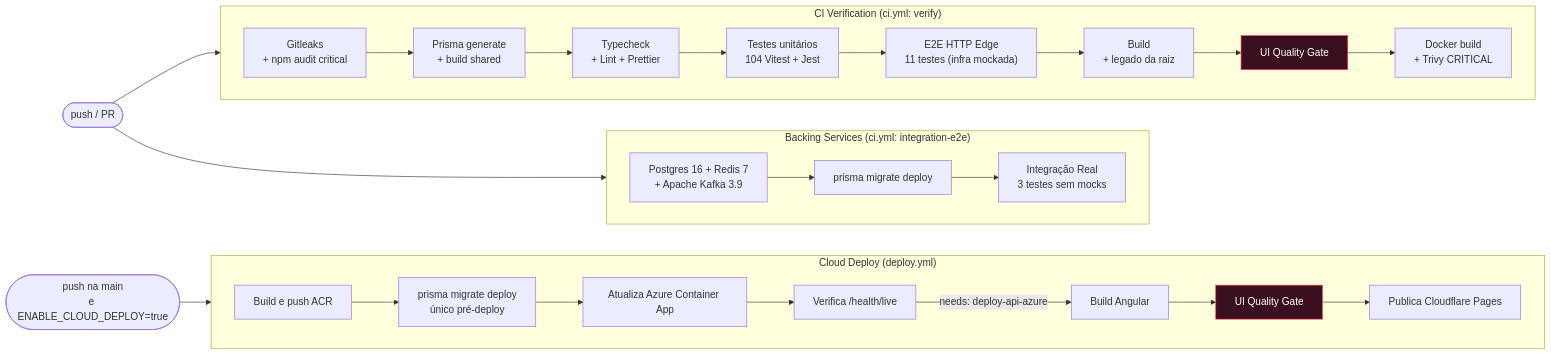
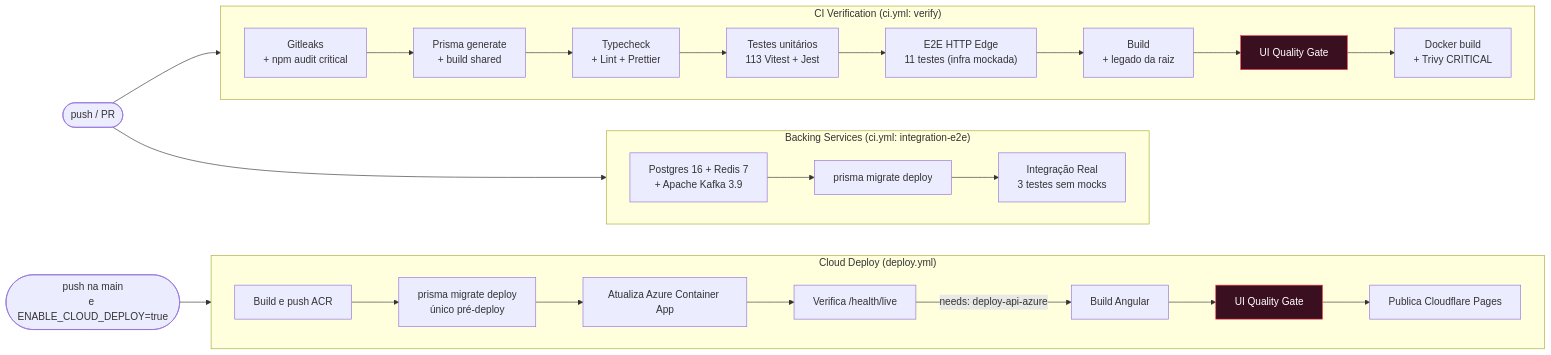
Before and after one commit to Digooow/pokedex-frontend: the eighth of 12 diagrams in README.md, drawn with Mermaid. The commit also changed other lines of this file and 46 other files, not shown here.

````diff
--- a/README.md
+++ b/README.md
@@ -471,31 +471,31 @@
 ```mermaid
 flowchart LR
   push(["push / PR"]) --> v
   push --> integ
 
   subgraph v["CI Verification (ci.yml: verify)"]
     direction LR
     s0["Gitleaks<br/>+ npm audit critical"] --> s1["Prisma generate<br/>+ build shared"] --> s2["Typecheck<br/>+ Lint + Prettier"]
-    s2 --> s4["Testes unitários<br/>104 Vitest + Jest"]
+    s2 --> s4["Testes unitários<br/>113 Vitest + Jest"]
     s4 --> s5["E2E HTTP Edge<br/>11 testes (infra mockada)"]
     s5 --> s6["Build<br/>+ legado da raiz"]
     s6 --> s7["UI Quality Gate"]
     s7 --> s8["Docker build<br/>+ Trivy CRITICAL"]
   end
 
   subgraph integ["Backing Services (ci.yml: integration-e2e)"]
     direction LR
     i1["Postgres 16 + Redis 7<br/>+ Apache Kafka 3.9"] --> i2["prisma migrate deploy"] --> i3["Integração Real<br/>3 testes sem mocks"]
   end
 
   push2(["push na main<br/>e ENABLE_CLOUD_DEPLOY=true"]) --> d
 
   subgraph d["Cloud Deploy (deploy.yml)"]
     direction LR
     a1["Build e push ACR"] --> a1b["prisma migrate deploy<br/>único pré-deploy"] --> a2["Atualiza Azure Container App"] --> a3["Verifica /health/live"]
     a3 -->|"needs: deploy-api-azure"| b1["Build Angular"] --> b2["UI Quality Gate"] --> b3["Publica Cloudflare Pages"]
   end
 
   classDef gate fill:#3a1020,stroke:#ff3b4e,color:#fff
   class s7,b2 gate
 ```
````
